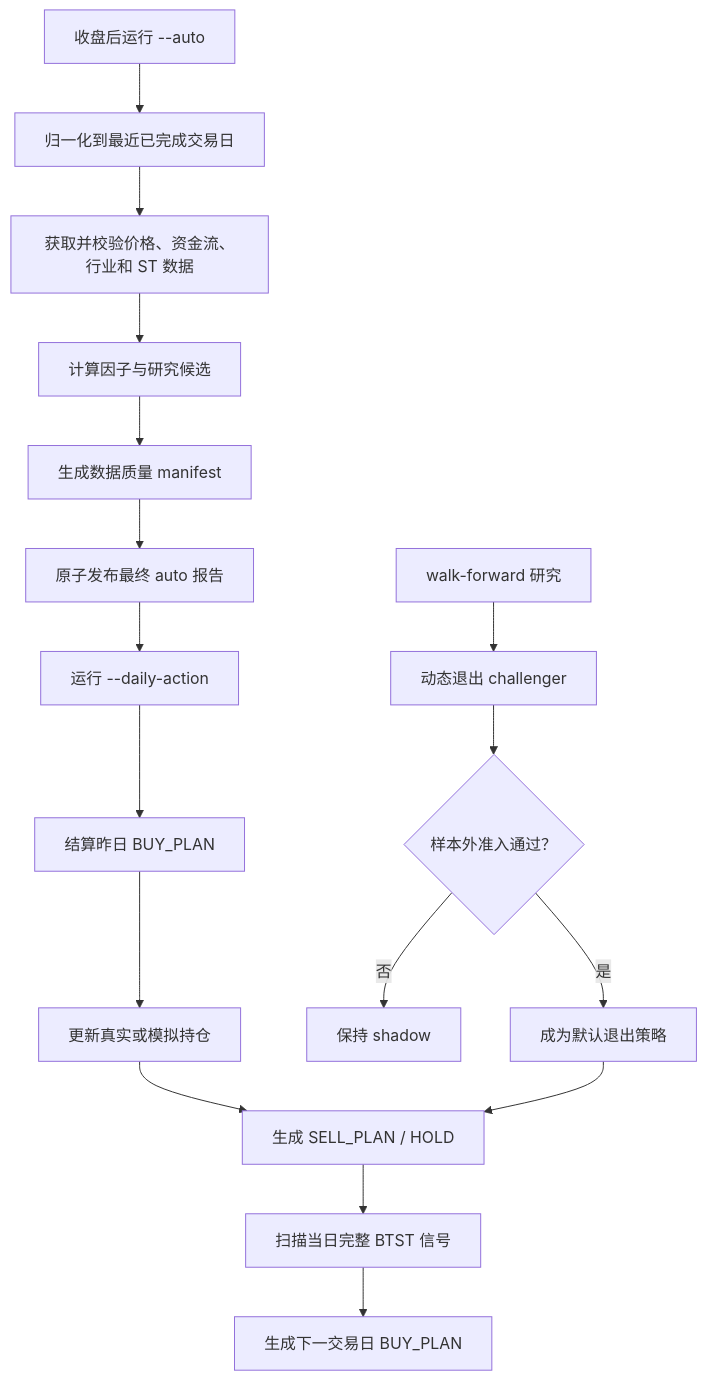
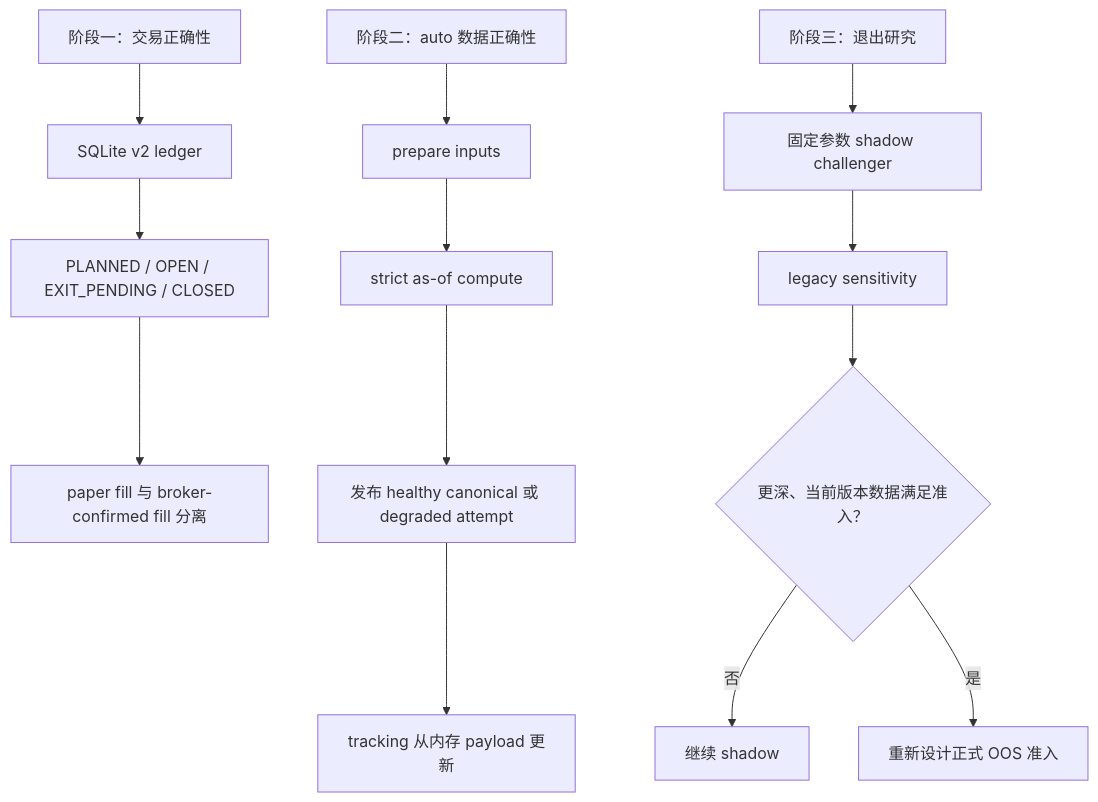
One commit to A1pha3/ai-hedge-fund changed the diagram in docs/superpowers/specs/2026-07-12-auto-daily-action-adversarial-audit-design.md. Above: the diagram before and after it, drawn with Mermaid. The commit also changed other lines of this file, not shown here.

Commit message:
docs: harden daily trading design after review

````diff
--- a/docs/superpowers/specs/2026-07-12-auto-daily-action-adversarial-audit-design.md
+++ b/docs/superpowers/specs/2026-07-12-auto-daily-action-adversarial-audit-design.md
@@ -28,21 +37,17 @@
 ```mermaid
 flowchart TD
-    A["收盘后运行 --auto"] --> B["归一化到最近已完成交易日"]
-    B --> C["获取并校验价格、资金流、行业和 ST 数据"]
-    C --> D["计算因子与研究候选"]
-    D --> E["生成数据质量 manifest"]
-    E --> F["原子发布最终 auto 报告"]
+    A["阶段一：交易正确性"] --> B["SQLite v2 ledger"]
+    B --> C["PLANNED / OPEN / EXIT_PENDING / CLOSED"]
+    C --> D["paper fill 与 broker-confirmed fill 分离"]
 
-    F --> G["运行 --daily-action"]
-    G --> H["结算昨日 BUY_PLAN"]
-    H --> I["更新真实或模拟持仓"]
-    I --> J["生成 SELL_PLAN / HOLD"]
-    J --> K["扫描当日完整 BTST 信号"]
-    K --> L["生成下一交易日 BUY_PLAN"]
+    E["阶段二：auto 数据正确性"] --> F["prepare inputs"]
+    F --> G["strict as-of compute"]
+    G --> H["发布 healthy canonical 或 degraded attempt"]
+    H --> I["tracking 从内存 payload 更新"]
 
-    M["walk-forward 研究"] --> N["动态退出 challenger"]
-    N --> O{"样本外准入通过？"}
-    O -- "否" --> P["保持 shadow"]
-    O -- "是" --> Q["成为默认退出策略"]
-    Q --> J
+    J["阶段三：退出研究"] --> K["固定参数 shadow challenger"]
+    K --> L["legacy sensitivity"]
+    L --> M{"更深、当前版本数据满足准入？"}
+    M -- "否" --> N["继续 shadow"]
+    M -- "是" --> O["重新设计正式 OOS 准入"]
 ```
````
